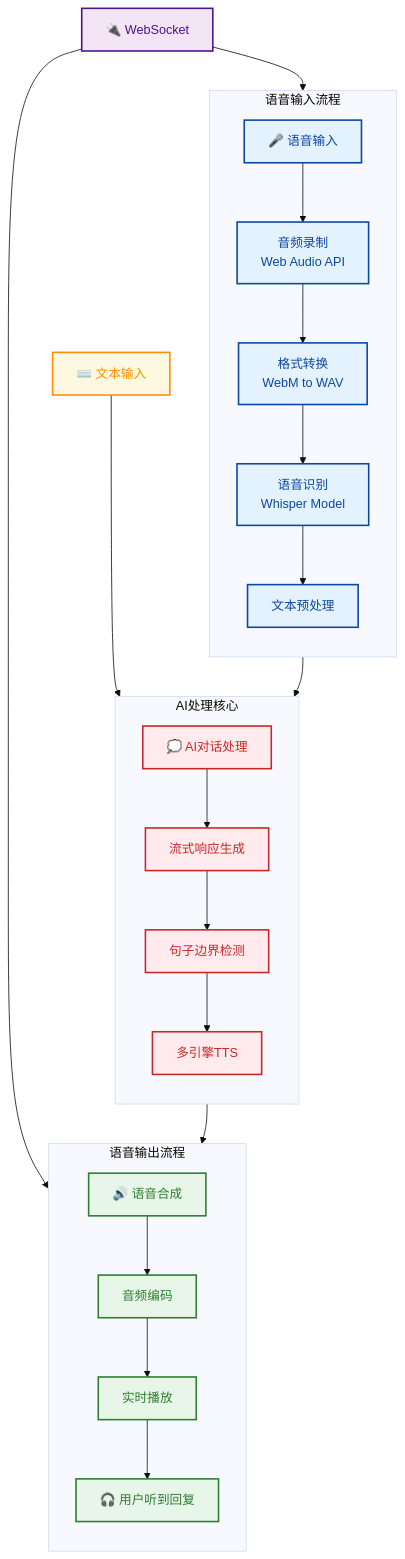
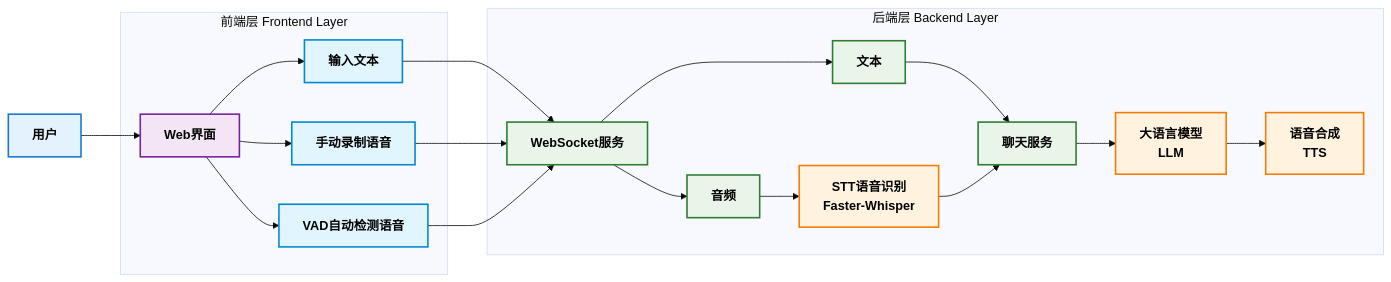
One commit to Anthonybuer182/ai-chat-voice changed the diagram in README.md. Above: the diagram before and after it, drawn with Mermaid (base theme). The commit also changed other lines of this file, not shown here.

Commit message:
优化最终README文件

````diff
--- a/README.md
+++ b/README.md
@@ -162,54 +161,55 @@
 ```mermaid
-flowchart TD
-    %% 左侧列 - 语音输入流程
-    subgraph LeftColumn [语音输入流程]
-        direction TB
-        A1[🎤 语音输入] --> A2[音频录制<br>Web Audio API]
-        A2 --> A3[格式转换<br>WebM to WAV]
-        A3 --> A4[语音识别<br>Whisper Model]
-        A4 --> A5[文本预处理]
-    end
-
-    %% 中间列 - AI处理核心
-    subgraph MiddleColumn [AI处理核心]
-        direction TB
-        B1[💭 AI对话处理] --> B2[流式响应生成]
-        B2 --> B3[句子边界检测]
-        B3 --> B4[多引擎TTS]
+graph LR
+    %% 用户层
+    User["用户"]
+    
+    %% 前端层
+    subgraph "前端层 Frontend Layer"
+        WebUI["Web界面"]
+        InputText["输入文本"]
+        ManualRecord["手动录制语音"]
+        AutoDetect["VAD自动检测语音"]
     end
     
-    %% 右侧列 - 语音输出流程
-    subgraph RightColumn [语音输出流程]
-        direction TB
-        C1[🔊 语音合成] --> C2[音频编码]
-        C2 --> C3[实时播放]
-        C3 --> C4[🎧 用户听到回复]
+    %% 后端层
+    subgraph "后端层 Backend Layer"
+        WebSocket["WebSocket服务"]
+        ChatService["聊天服务"]
+        Text["文本"]
+        Audio["音频"]
+        LLM["大语言模型<br/>LLM"]
+        TTS["语音合成<br/>TTS"]
+        ASR["STT语音识别<br/>Faster-Whisper"]
     end
     
-    %% 连接左侧和中间列
-    A5 --> B1
-    
-    %% 连接中间列和右侧列
-    B4 --> C1
-    
-    %% 文本聊天直接路径
-    D1[⌨️ 文本输入] --> B1
-    
-    %% WebSocket通信
-    E1[🔌 WebSocket] --> A2
-    E1 --> C3
+    %% 数据流
+    User --> WebUI
+    WebUI --> InputText["输入文本"]
+    WebUI --> ManualRecord["手动录制语音"]
+    WebUI --> AutoDetect["VAD自动检测语音"]
+    InputText --> WebSocket
+    ManualRecord --> WebSocket
+    AutoDetect --> WebSocket
+    WebSocket --> Text
+    Text --> ChatService
+    WebSocket --> Audio
+    Audio --> ASR
+    ASR --> ChatService
+    ChatService --> LLM
+    LLM --> TTS
+
     
     %% 样式定义
-    classDef voiceInput fill:#E3F2FD,stroke:#0D47A1,stroke-width:2px,color:#0D47A1;
-    classDef aiCore fill:#FFEBEE,stroke:#C62828,stroke-width:2px,color:#C62828;
-    classDef voiceOutput fill:#E8F5E9,stroke:#2E7D32,stroke-width:2px,color:#2E7D32;
-    classDef textInput fill:#FFF8E1,stroke:#FF8F00,stroke-width:2px,color:#FF8F00;
-    classDef websocket fill:#F3E5F5,stroke:#4A148C,stroke-width:2px,color:#4A148C;
+    classDef user fill:#e3f2fd,stroke:#1976d2,stroke-width:2px,color:#000000,font-weight:bold
+    classDef frontend fill:#f3e5f5,stroke:#7b1fa2,stroke-width:2px,color:#000000,font-weight:bold
+    classDef backend fill:#e8f5e8,stroke:#2e7d32,stroke-width:2px,color:#000000,font-weight:bold
+    classDef ai fill:#fff3e0,stroke:#f57c00,stroke-width:2px,color:#000000,font-weight:bold
+    classDef input fill:#e1f5fe,stroke:#0288d1,stroke-width:2px,color:#000000,font-weight:bold
     
-    %% 应用样式
-    class A1,A2,A3,A4,A5 voiceInput;
-    class B1,B2,B3,B4 aiCore;
-    class C1,C2,C3,C4 voiceOutput;
-    class D1 textInput;
-    class E1 websocket;
+    class User user
+    class WebUI frontend
+    class WebServer,WebSocket,ChatService,Audio backend
+    class Text backend
+    class LLM,TTS,ASR ai
+    class InputText,ManualRecord,AutoDetect input
 ```
````
